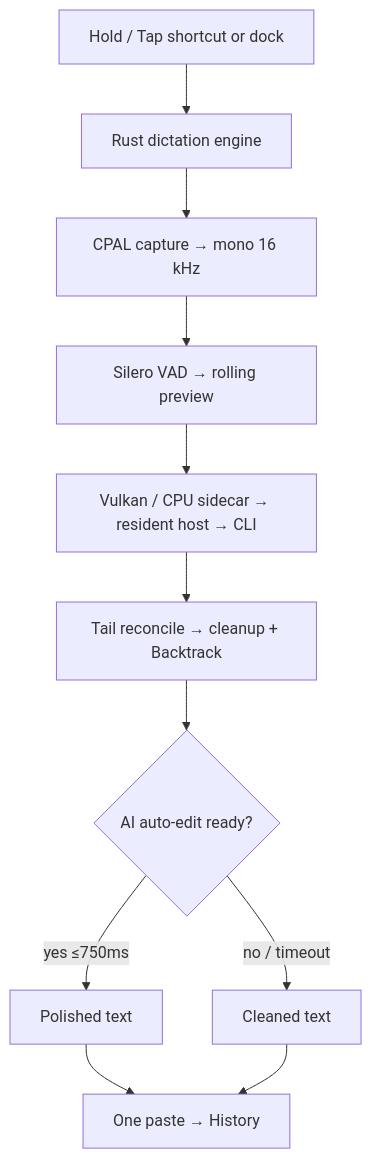
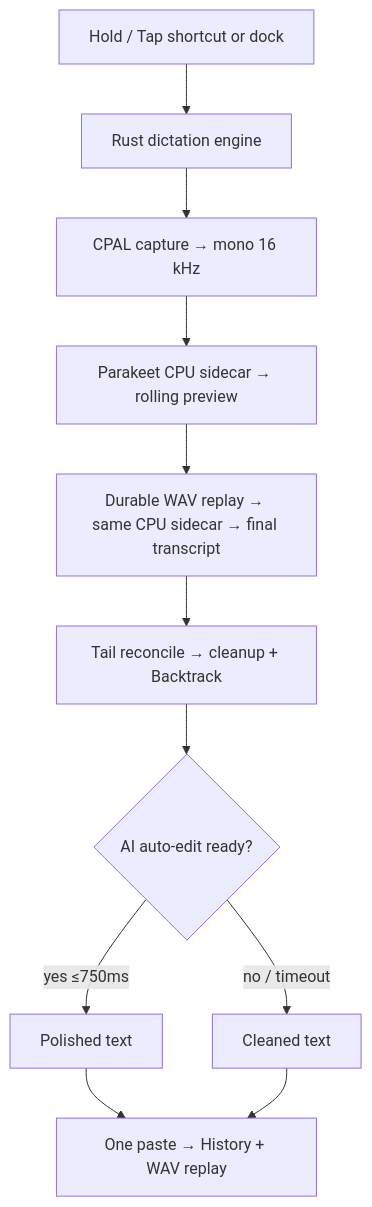
One commit to leviathofnoesia/atmospeak changed the second of 2 diagrams in README.md. Above: the diagram before and after it, drawn with Mermaid. The commit also changed other lines of this file and 106 other files, not shown here.

````diff
--- a/README.md
+++ b/README.md
@@ -190,13 +186,13 @@
 ```mermaid
 flowchart TD
   A[Hold / Tap shortcut or dock] --> B[Rust dictation engine]
   B --> C[CPAL capture → mono 16 kHz]
-  C --> D[Silero VAD → rolling preview]
-  D --> E[Vulkan / CPU sidecar → resident host → CLI]
+  C --> D[Parakeet CPU sidecar → rolling preview]
+  D --> E[Durable WAV replay → same CPU sidecar → final transcript]
   E --> F[Tail reconcile → cleanup + Backtrack]
   F --> G{AI auto-edit ready?}
   G -->|yes ≤750ms| H[Polished text]
   G -->|no / timeout| I[Cleaned text]
-  H --> J[One paste → History]
+  H --> J[One paste → History + WAV replay]
   I --> J
 ```
````
